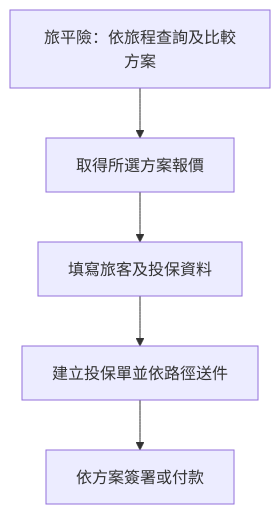
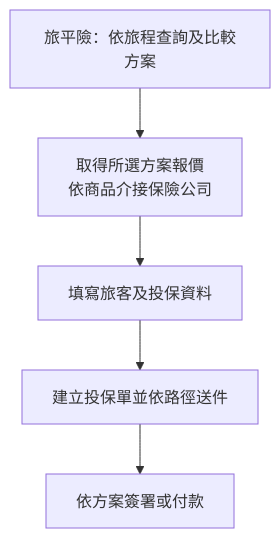
Before and after one commit to highhao/insurance-saas-platform: the second of 3 diagrams in README.md, drawn with Mermaid. The commit also changed other lines of this file, not shown here.

Commit message:
Clarify portfolio architecture and presentation

````diff
--- a/README.md
+++ b/README.md
@@ -18,7 +18,7 @@
 ```mermaid
 flowchart TB
-    A[旅平險：依旅程查詢及比較方案] --> B[取得所選方案報價]
+    A[旅平險：依旅程查詢及比較方案] --> B[取得所選方案報價<br/>依商品介接保險公司]
     B --> C[填寫旅客及投保資料]
     C --> D[建立投保單並依路徑送件]
     D --> E[依方案簽署或付款]
 ```
````
